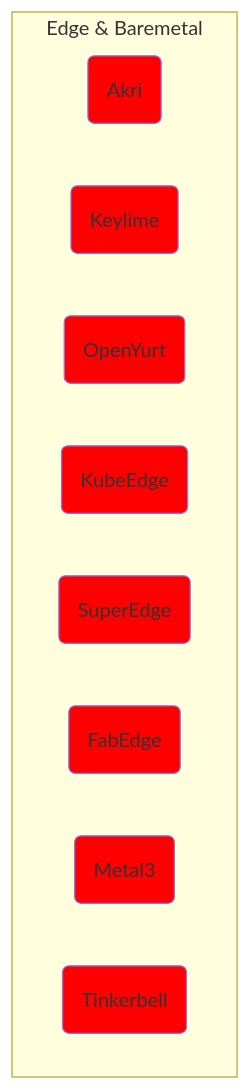
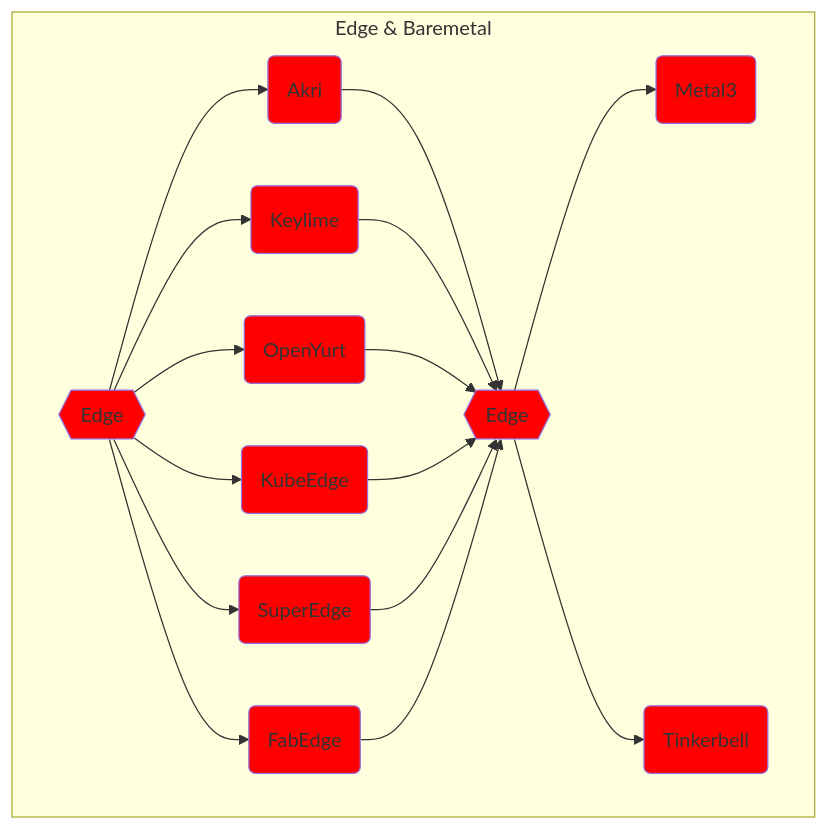
The ninth of 11 diagrams in solution.md (vfarcic/cncf-demo), drawn with Mermaid before and after one commit. The commit also changed other lines of this file, not shown here.

````diff
--- a/solution.md
+++ b/solution.md
@@ -769,31 +776,37 @@
 ```mermaid
 flowchart TD
 
-    subgraph edge["Edge & Baremetal"]
+    subgraph edge-baremetal["Edge & Baremetal"]
 
         %% ----------
         %% -- Edge --
         %% ----------
+        edge{{Edge}}
+        style edge fill:red
         akri(Akri)
         style akri fill:red
         keylime(Keylime)
         style keylime fill:red
         open-yurt(OpenYurt)
         style open-yurt fill:red
         kube-edge(KubeEdge)
         style kube-edge fill:red
         super-edge(SuperEdge)
         style super-edge fill:red
         fabedge(FabEdge)
         style fabedge fill:red
+        edge --> akri & keylime & open-yurt & kube-edge & super-edge & fabedge --> baremetal
 
         %% ---------------
         %% -- Baremetal --
         %% ---------------
+        baremetal{{Edge}}
+        style baremetal fill:red
         metal3(Metal3)
         style metal3 fill:red
         tinkerbell(Tinkerbell)
         style tinkerbell fill:red
+        baremetal --> metal3 & tinkerbell
 
     end
 ```
````
